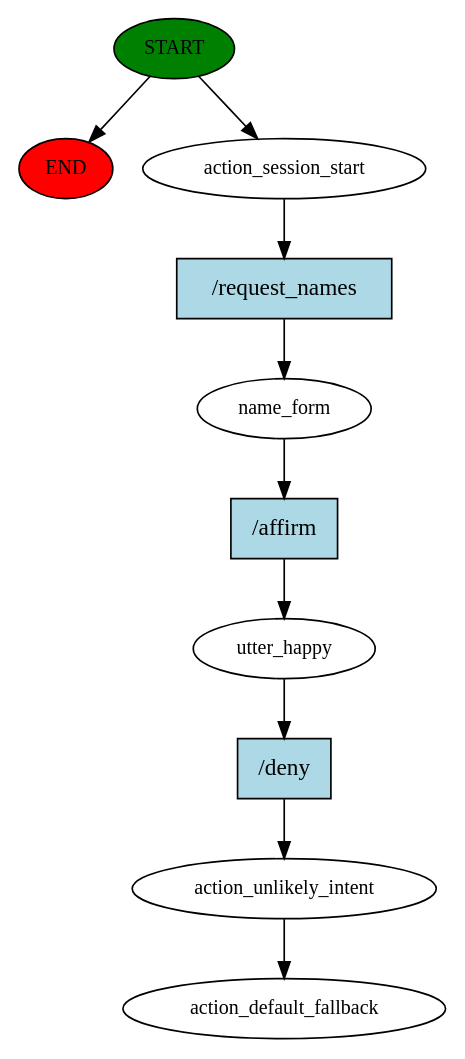
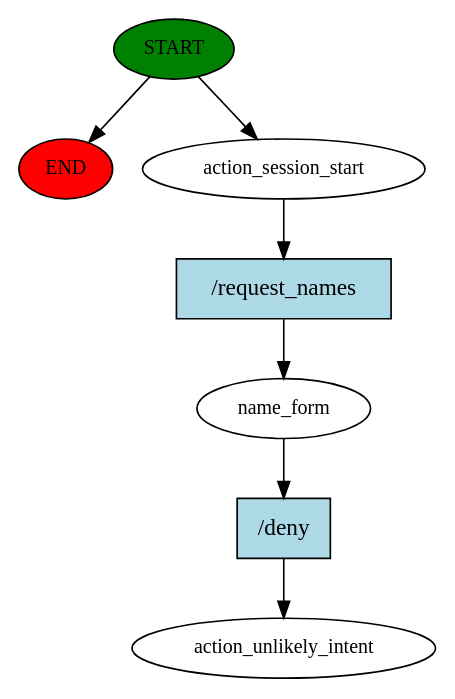
Before and after one commit to subrockmann/booking_bot: the diagram in story_graph.dot, drawn with Graphviz. The commit also changed 4 other files, not shown here.

```diff
--- a/story_graph.dot
+++ b/story_graph.dot
@@ -1,21 +1,15 @@
 digraph  {
 0 [class="start active", fillcolor=green, fontsize=12, label=START, style=filled];
 "-1" [class=end, fillcolor=red, fontsize=12, label=END, style=filled];
 1 [class=active, fontsize=12, label=action_session_start];
 2 [class=active, fontsize=12, label=name_form];
-3 [class=active, fontsize=12, label=utter_happy];
-4 [class=active, fontsize=12, label=action_unlikely_intent];
-5 [class="dashed active", fontsize=12, label=action_default_fallback];
-6 [class="intent active", fillcolor=lightblue, label="/request_names", shape=rect, style=filled];
-7 [class="intent active", fillcolor=lightblue, label="/affirm", shape=rect, style=filled];
-8 [class="intent active", fillcolor=lightblue, label="/deny", shape=rect, style=filled];
+3 [class="dashed active", fontsize=12, label=action_unlikely_intent];
+4 [class="intent active", fillcolor=lightblue, label="/request_names", shape=rect, style=filled];
+5 [class="intent active", fillcolor=lightblue, label="/deny", shape=rect, style=filled];
 0 -> "-1"  [class="", key=NONE, label=""];
 0 -> 1  [class=active, key=NONE, label=""];
-1 -> 6  [class=active, key=0];
-2 -> 7  [class=active, key=0];
-3 -> 8  [class=active, key=0];
-4 -> 5  [class=active, key=NONE, label=""];
-6 -> 2  [class=active, key=0];
-7 -> 3  [class=active, key=0];
-8 -> 4  [class=active, key=0];
+1 -> 4  [class=active, key=0];
+2 -> 5  [class=active, key=0];
+4 -> 2  [class=active, key=0];
+5 -> 3  [class=active, key=0];
 }
```
